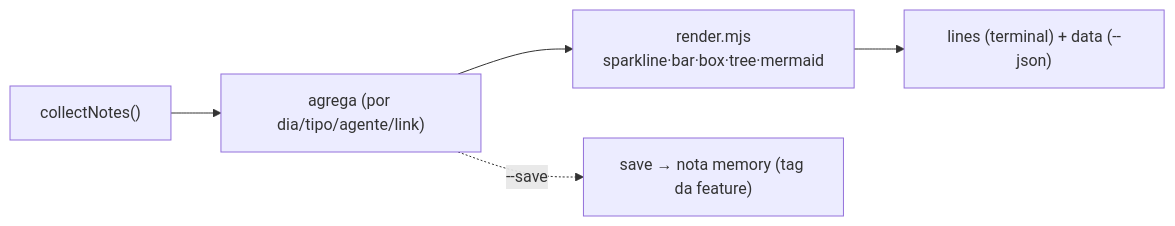
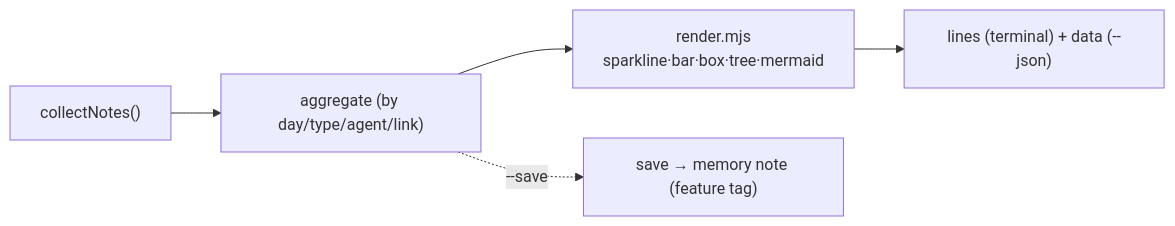
Before and after one commit to MatheusChiodi/AgentTeam-Memory: the second of 4 diagrams in docs/ARCHITECTURE-PHASE-3.md, drawn with Mermaid. The commit also changed other lines of this file and 49 other files, not shown here.

````diff
--- a/docs/ARCHITECTURE-PHASE-3.md
+++ b/docs/ARCHITECTURE-PHASE-3.md
@@ -119,7 +119,7 @@
 ```mermaid
 flowchart LR
-  N["collectNotes()"] --> AGG["agrega (por dia/tipo/agente/link)"]
+  N["collectNotes()"] --> AGG["aggregate (by day/type/agent/link)"]
   AGG --> R["render.mjs<br/>sparkline·bar·box·tree·mermaid"]
   R --> OUT["lines (terminal) + data (--json)"]
-  AGG -. "--save" .-> SV["save → nota memory (tag da feature)"]
+  AGG -. "--save" .-> SV["save → memory note (feature tag)"]
 ```
````
